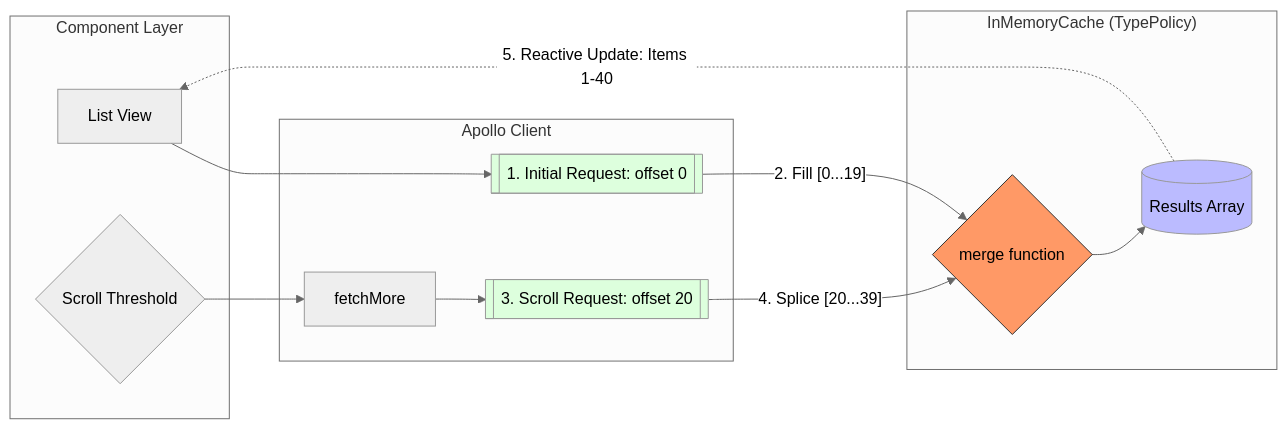
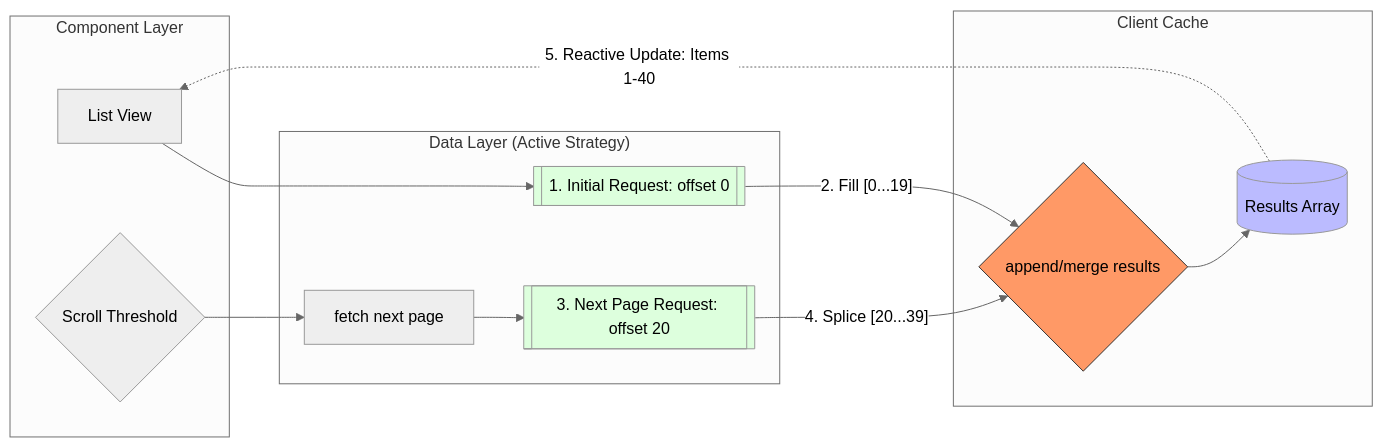
Before and after one commit to campalot/resolve-demo: the third of 3 diagrams in ARCHITECTURE.md, drawn with Mermaid. The commit also changed other lines of this file and 2 other files, not shown here.

First line of the commit message:
update the documentation to reflect these major architectural changes

````diff
--- a/ARCHITECTURE.md
+++ b/ARCHITECTURE.md
@@ -358,34 +570,34 @@
 ```mermaid
 %%{init: {'theme': 'neutral', 'themeVariables': { 'primaryColor': '#f96'}}}%%
 graph LR
     subgraph View ["Component Layer"]
         UI[List View]
         Trigger{Scroll Threshold}
     end
 
-    subgraph Apollo ["Apollo Client"]
-        FM[fetchMore]
+    subgraph DataLayer ["Data Layer (Active Strategy)"]
+        Fetch[fetch next page]
         Req1[[1. Initial Request: offset 0]]
-        Req2[[3. Scroll Request: offset 20]]
+        Req2[[3. Next Page Request: offset 20]]
         
         UI --> Req1
-        Trigger --> FM
-        FM --> Req2
+        Trigger --> Fetch
+        Fetch --> Req2
     end
 
-    subgraph Cache ["InMemoryCache (TypePolicy)"]
-        Merge{merge function}
+    subgraph Cache ["Client Cache"]
+        Merge{append/merge results}
         Data[( Results Array )]
 
         Req1 -->|"2. Fill [0...19]"| Merge
         Req2 -->|"4. Splice [20...39]"| Merge
         Merge --> Data
     end
 
     Data -.->|"5. Reactive Update: Items 1-40"| UI
 
     style Merge fill:#f96,stroke:#333
     style Data fill:#bbf
     style Req1 fill:#dfd
     style Req2 fill:#dfd
 ```
````
